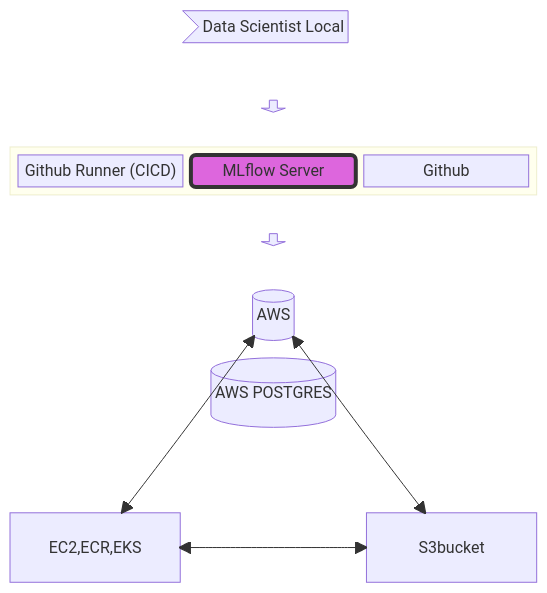
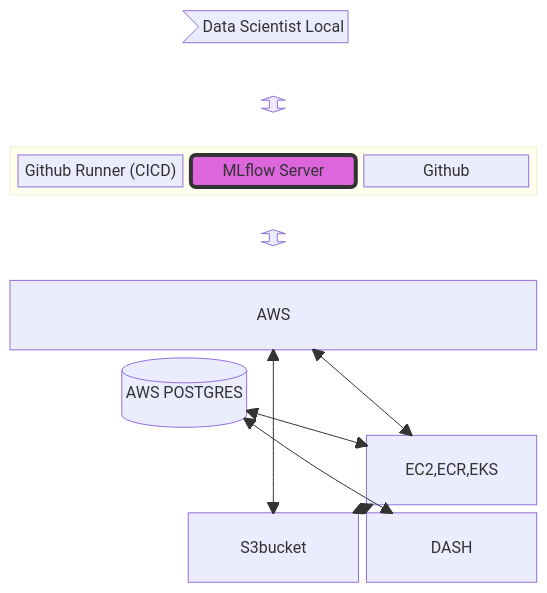
Before and after one commit to lukhha/Pio-NER: the second of 2 diagrams in README.md, drawn with Mermaid.

````diff
--- a/README.md
+++ b/README.md
@@ -35,21 +35,26 @@
 ```mermaid
 block-beta
     columns 3
     doc>"Data Scientist Local"]:3
-    space down1<[" "]>(down) space
+    space down1<[" "]>(updown) space
 
   block:e:3
           l["Github Runner (CICD)"]
           m("MLflow Server")
-          r["Github"]
+          r["Github"]         
   end
-    space down2<[" "]>(down) space
-    aws[("AWS")]:3
-    db[("AWS POSTGRES")]:3
+
+    space updown <[" "]>(updown) space
+    aws["AWS"]:3
+    db[("AWS POSTGRES")]:2
     space:3
     EC2,ECR,EKS space S3bucket
     aws <--> EC2,ECR,EKS
     S3bucket <--> aws
     EC2,ECR,EKS <--> S3bucket
+    EC2,ECR,EKS <--> db
+    DASH <--> db
+
     style m fill:#d6d,stroke:#333,stroke-width:4px
+
 ```
````
